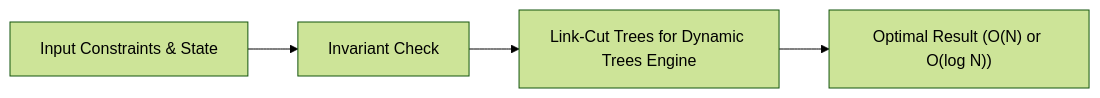
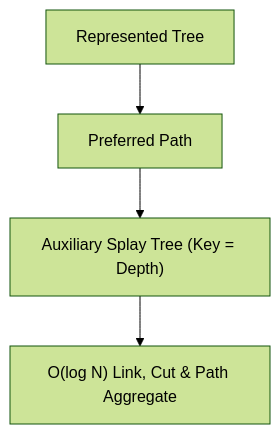
One commit to dip4k/DSA_102 changed the diagram in week_16_advanced_data_structures/Week_16_Day_02_Link_Cut_Trees_Instructional.md. Above: the diagram before and after it, drawn with Mermaid (forest theme). The commit also changed other lines of this file and 70 other files, not shown here.

````diff
--- a/week_16_advanced_data_structures/Week_16_Day_02_Link_Cut_Trees_Instructional.md
+++ b/week_16_advanced_data_structures/Week_16_Day_02_Link_Cut_Trees_Instructional.md
@@ -28,6 +30,6 @@
 ```mermaid
-flowchart LR
-    Input["Input Constraints & State"] --> Analysis["Invariant Check"]
-    Analysis --> Engine["Link-Cut Trees for Dynamic Trees Engine"]
-    Engine --> Output["Optimal Result (O(N) or O(log N))"]
+flowchart TD
+    Root["Represented Tree"] --> Path["Preferred Path"]
+    Path --> Splay["Auxiliary Splay Tree (Key = Depth)"]
+    Splay --> Ops["O(log N) Link, Cut & Path Aggregate"]
 ```
````
